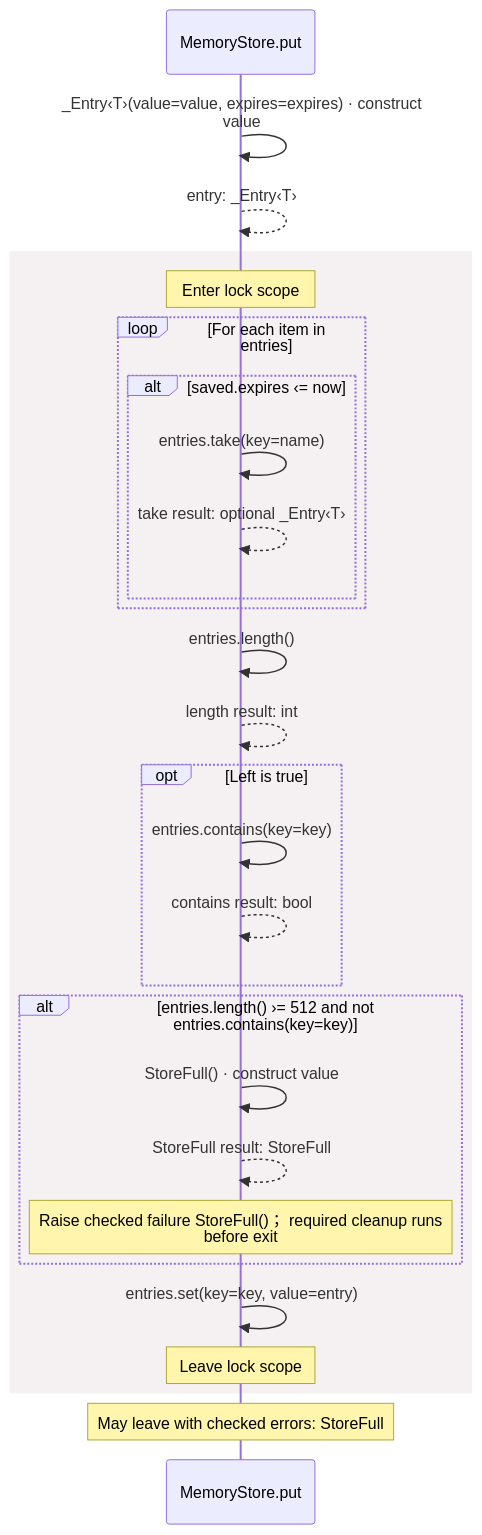
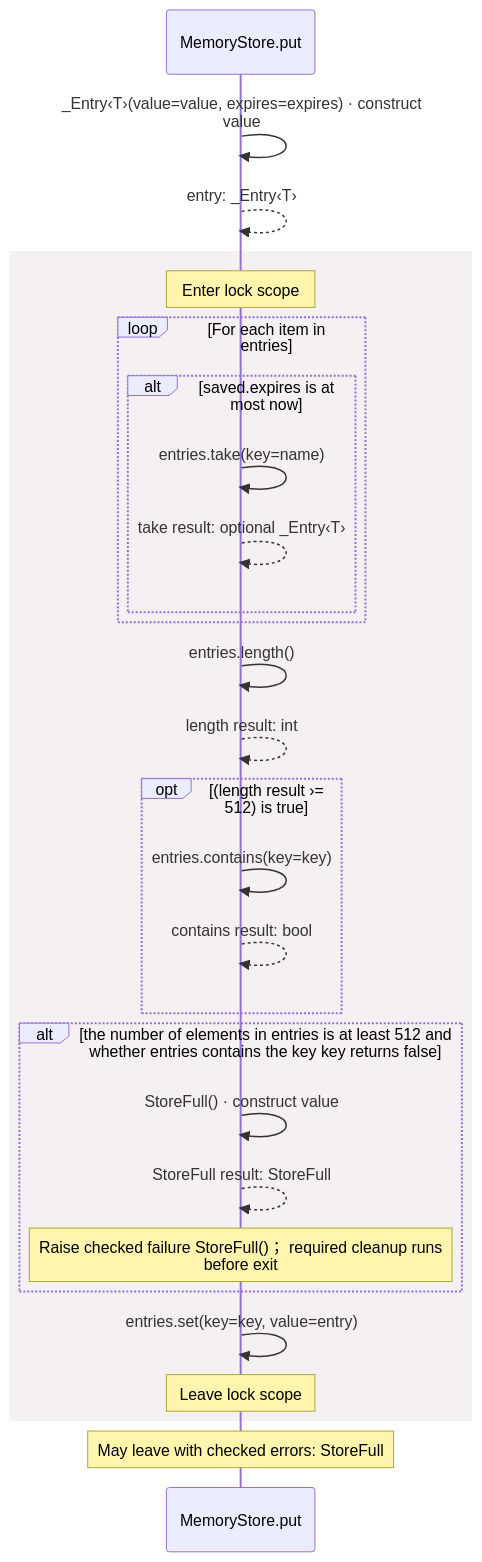
The third of 5 diagrams in docs/examples/oidc-login/dependencies/packages/@git/url_0eb7c89453c87681ed15/0.0.0-git.a39fc582565d4fca40be4f75fa304d71adc69301/store-diagrams.md (GreenPandaStudios/augscript), drawn with Mermaid before and after one commit. The commit also changed other lines of this file and 658 other files, not shown here.

````diff
--- a/docs/examples/oidc-login/dependencies/packages/@git/url_0eb7c89453c87681ed15/0.0.0-git.a39fc582565d4fca40be4f75fa304d71adc69301/store-diagrams.md
+++ b/docs/examples/oidc-login/dependencies/packages/@git/url_0eb7c89453c87681ed15/0.0.0-git.a39fc582565d4fca40be4f75fa304d71adc69301/store-diagrams.md
@@ -92,30 +126,30 @@
 ```mermaid
 sequenceDiagram
     participant p0 as MemoryStore.put
 
     p0->>p0: _Entry‹T›(value=value, expires=expires) · construct<br/>value
     p0-->>p0: entry: _Entry‹T›
     rect rgb(245, 240, 241)
     Note over p0: Enter lock scope
     loop For each item in entries
-    alt saved.expires ‹= now
+    alt saved.expires is at most now
     p0->>p0: entries.take(key=name)
     p0-->>p0: take result: optional _Entry‹T›
     end
     end
     p0->>p0: entries.length()
     p0-->>p0: length result: int
-    opt Left is true
+    opt (length result ›= 512) is true
     p0->>p0: entries.contains(key=key)
     p0-->>p0: contains result: bool
     end
-    alt entries.length() ›= 512 and not entries.contains(key=key)
+    alt the number of elements in entries is at least 512 and<br/>whether entries contains the key key returns false
     p0->>p0: StoreFull() · construct value
     p0-->>p0: StoreFull result: StoreFull
     Note over p0: Raise checked failure StoreFull()； required cleanup runs<br/>before exit
     end
     p0->>p0: entries.set(key=key, value=entry)
     Note over p0: Leave lock scope
     end
     Note over p0: May leave with checked errors: StoreFull
 ```
````
